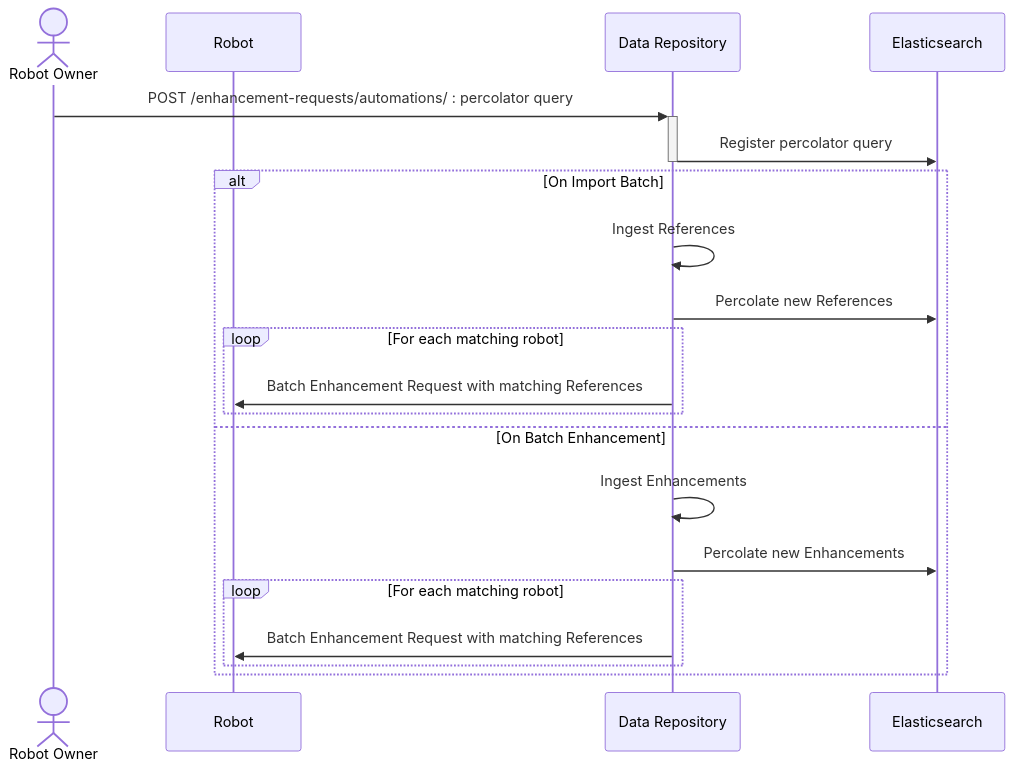
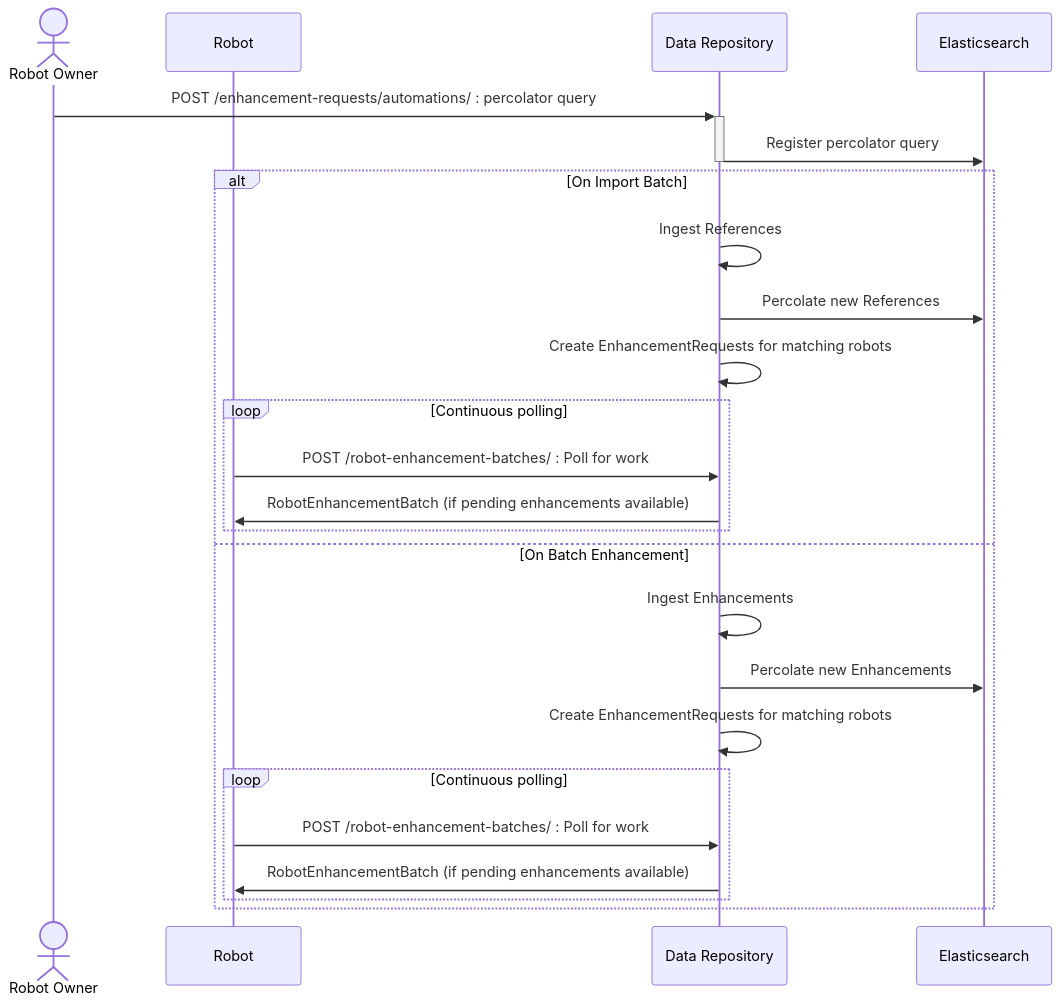
The first of 2 diagrams in docs/procedures/robot-automation.rst (destiny-evidence/destiny-repository), drawn with Mermaid before and after one commit. The commit also changed other lines of this file and 1 other file, not shown here.

Commit message:
Update docs for polling robots

```diff
--- a/docs/procedures/robot-automation.rst
+++ b/docs/procedures/robot-automation.rst
@@ -8,24 +8,28 @@
 .. mermaid::
 
     sequenceDiagram
         Actor RO as Robot Owner
         participant R as Robot
         participant DR as Data Repository
         participant ES as Elasticsearch
 
         RO->>+DR: POST /enhancement-requests/automations/ : percolator query
         DR->>-ES: Register percolator query
 
         alt On Import Batch
             DR->>DR: Ingest References
             DR->>ES: Percolate new References
-            loop For each matching robot
-                DR->>R: Batch Enhancement Request with matching References
+            DR->>DR: Create EnhancementRequests for matching robots
+            loop Continuous polling
+                R->>DR: POST /robot-enhancement-batches/ : Poll for work
+                DR->>R: RobotEnhancementBatch (if pending enhancements available)
             end
         else On Batch Enhancement
             DR->>DR: Ingest Enhancements
             DR->>ES: Percolate new Enhancements
-            loop For each matching robot
-                DR->>R: Batch Enhancement Request with matching References
+            DR->>DR: Create EnhancementRequests for matching robots
+            loop Continuous polling
+                R->>DR: POST /robot-enhancement-batches/ : Poll for work
+                DR->>R: RobotEnhancementBatch (if pending enhancements available)
             end
         end
```
